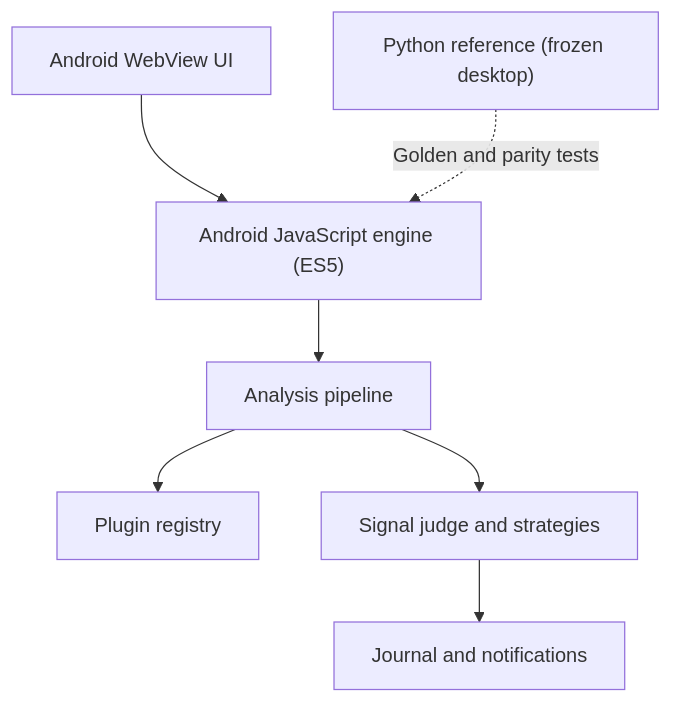
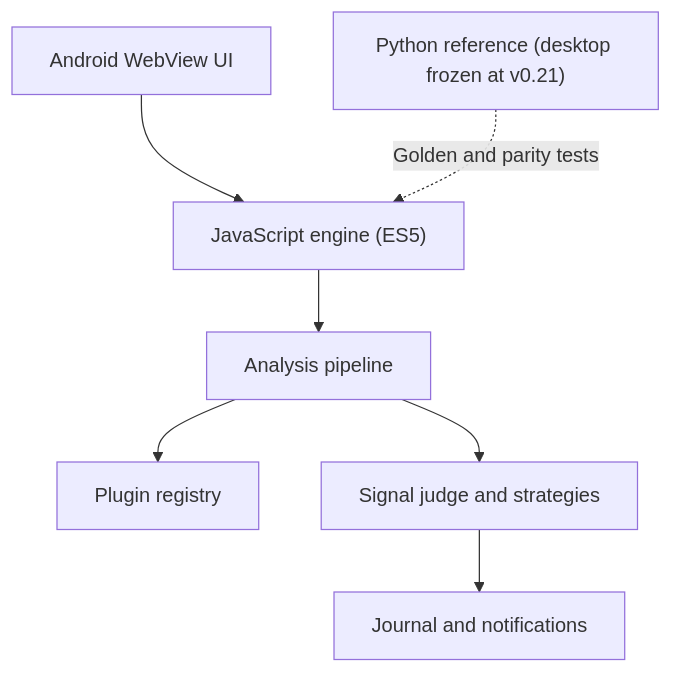
One commit to Suushian/Odin-Assistant changed the third of 3 diagrams in README.md. Above: the diagram before and after it, drawn with Mermaid. The commit also changed other lines of this file, not shown here.

````diff
--- a/README.md
+++ b/README.md
@@ -213,9 +139,9 @@
 ```mermaid
 flowchart TB
-    UI["Android WebView UI"] --> JS["Android JavaScript engine (ES5)"]
+    UI["Android WebView UI"] --> JS["JavaScript engine (ES5)"]
     JS --> PIPE["Analysis pipeline"]
     PIPE --> PLUG["Plugin registry"]
     PIPE --> JUDGE["Signal judge and strategies"]
     JUDGE --> JOURNAL["Journal and notifications"]
-    PY["Python reference (frozen desktop)"] -. "Golden and parity tests" .-> JS
+    PY["Python reference (desktop frozen at v0.21)"] -. "Golden and parity tests" .-> JS
 ```
````
